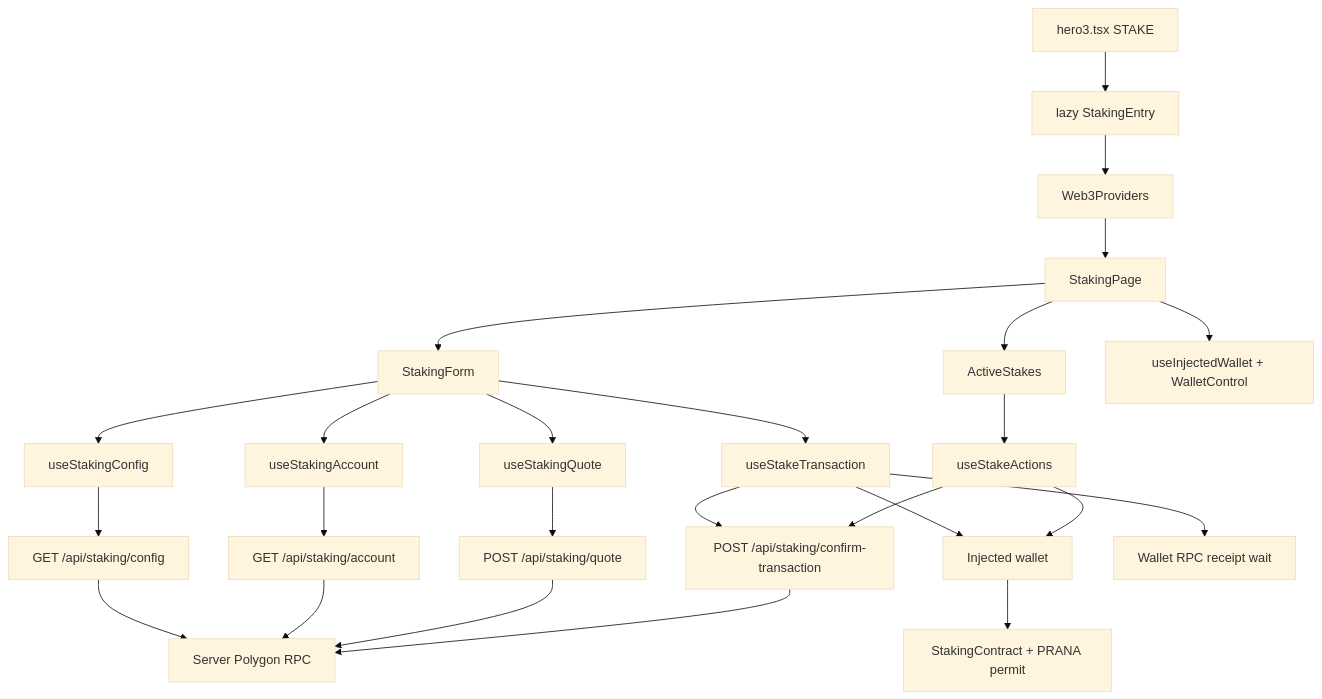
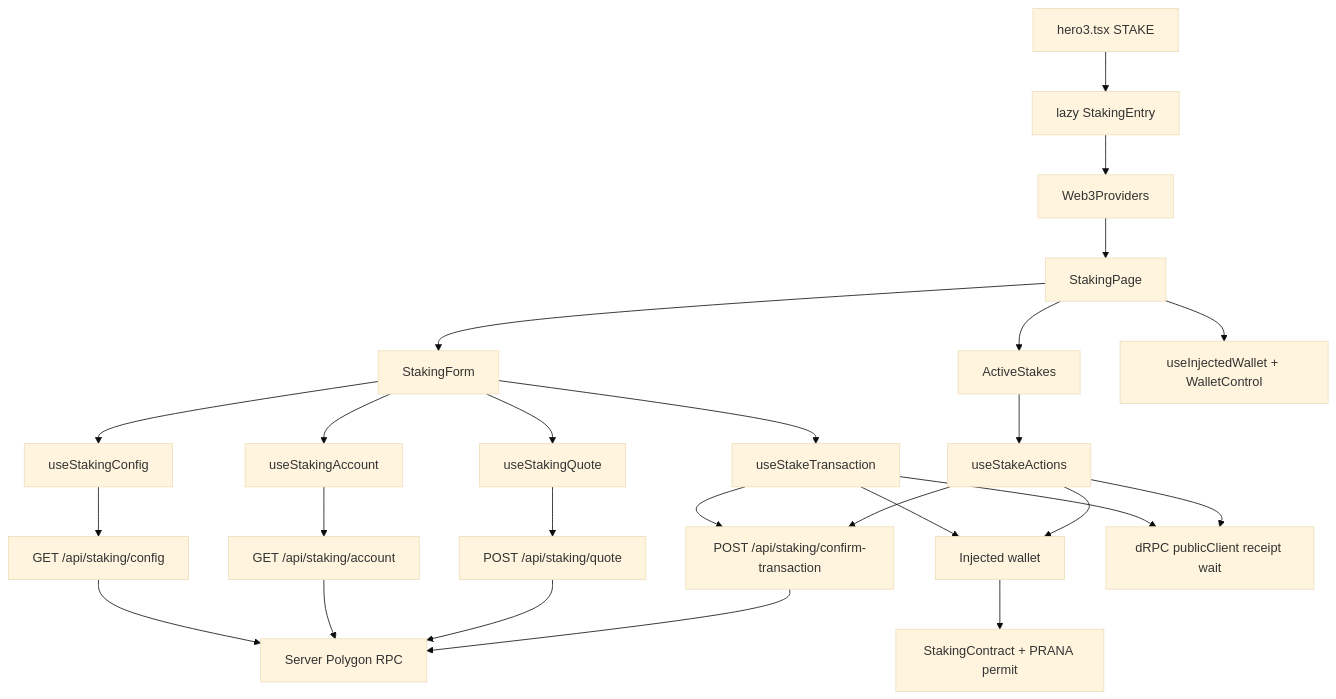
The first of 2 diagrams in docs/staking-technical-overview.md (lx-production/prana-stats-revamp), drawn with Mermaid (base theme) before and after one commit. The commit also changed other lines of this file and 16 other files, not shown here.

Commit message:
Refactor transaction receipt handling in Bonding and Staking to utilize a shared dRPC receipt wait function, enhancing consistency and reducing reliance on wallet-specific RPCs across features.

````diff
--- a/docs/staking-technical-overview.md
+++ b/docs/staking-technical-overview.md
@@ -45,31 +45,32 @@
 ```mermaid
 flowchart TD
   hero["hero3.tsx STAKE"] --> lazyEntry["lazy StakingEntry"]
   lazyEntry --> providers["Web3Providers"]
   providers --> page["StakingPage"]
   page --> form["StakingForm"]
   page --> active["ActiveStakes"]
   page --> wallet["useInjectedWallet + WalletControl"]
 
   form --> configHook["useStakingConfig"]
   form --> accountHook["useStakingAccount"]
   form --> quoteHook["useStakingQuote"]
   form --> txHook["useStakeTransaction"]
   active --> actionHook["useStakeActions"]
 
   configHook --> configApi["GET /api/staking/config"]
   accountHook --> accountApi["GET /api/staking/account"]
   quoteHook --> quoteApi["POST /api/staking/quote"]
   txHook --> confirmApi["POST /api/staking/confirm-transaction"]
   actionHook --> confirmApi
 
   configApi --> serverRpc["Server Polygon RPC"]
   accountApi --> serverRpc
   quoteApi --> serverRpc
   confirmApi --> serverRpc
 
   txHook --> injected["Injected wallet"]
   actionHook --> injected
-  txHook --> walletRpc["Wallet RPC receipt wait"]
+  txHook --> publicRpc["dRPC publicClient receipt wait"]
+  actionHook --> publicRpc
   injected --> chain["StakingContract + PRANA permit"]
 ```
````
